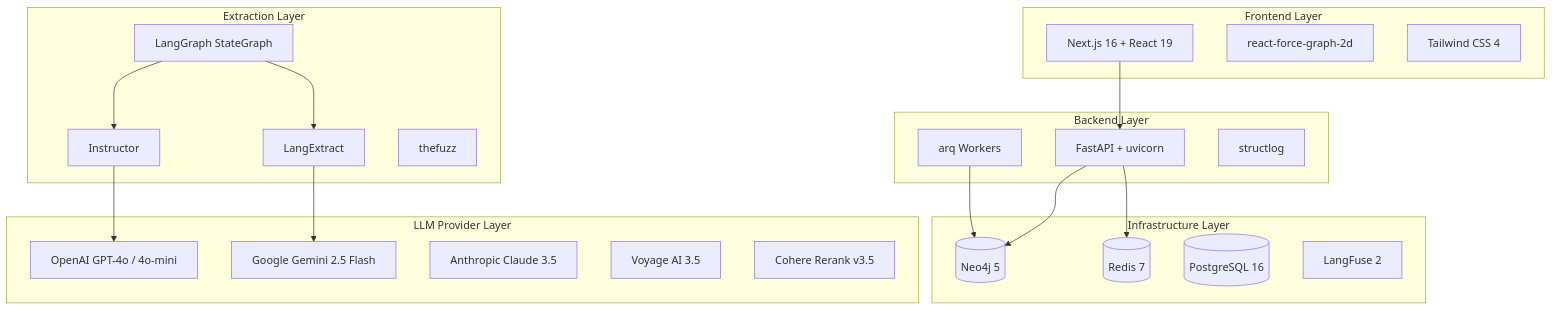
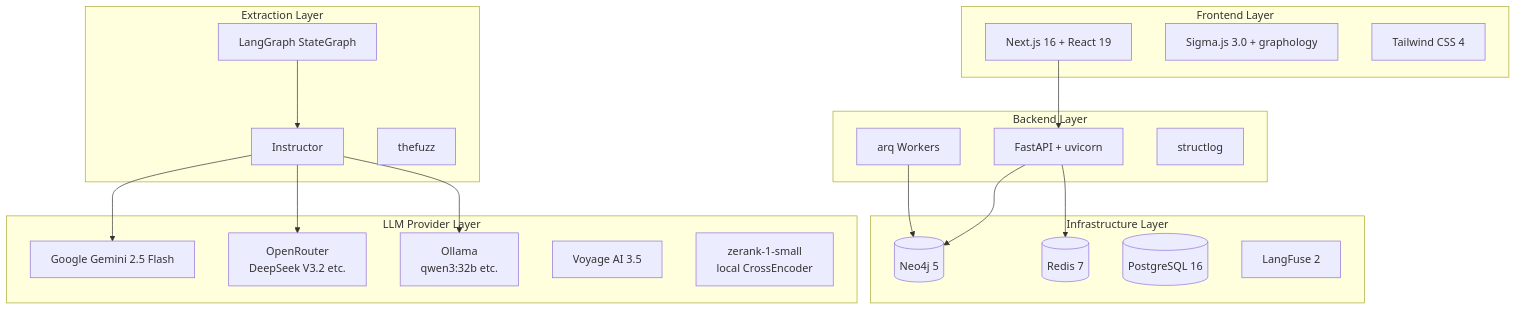
The diagram in docs/tech-stack.md (xairon/WorldRAG), drawn with Mermaid before and after one commit. The commit also changed other lines of this file and 59 other files, not shown here.

````diff
--- a/docs/tech-stack.md
+++ b/docs/tech-stack.md
@@ -22,45 +22,44 @@
 ```mermaid
 graph TB
     subgraph "Infrastructure Layer"
         Neo4j[(Neo4j 5)]
         Redis[(Redis 7)]
         PG[(PostgreSQL 16)]
         LangFuse[LangFuse 2]
     end
 
     subgraph "Backend Layer"
         FastAPI[FastAPI + uvicorn]
         arq[arq Workers]
         structlog[structlog]
     end
 
     subgraph "Extraction Layer"
         LangGraph[LangGraph StateGraph]
-        LangExtract[LangExtract]
         Instructor[Instructor]
         thefuzz[thefuzz]
     end
 
     subgraph "LLM Provider Layer"
-        OpenAI[OpenAI GPT-4o / 4o-mini]
         Gemini[Google Gemini 2.5 Flash]
-        Anthropic[Anthropic Claude 3.5]
+        OpenRouter[OpenRouter<br/>DeepSeek V3.2 etc.]
+        Ollama[Ollama<br/>qwen3:32b etc.]
         Voyage[Voyage AI 3.5]
-        Cohere[Cohere Rerank v3.5]
+        Reranker[zerank-1-small<br/>local CrossEncoder]
     end
 
     subgraph "Frontend Layer"
         NextJS[Next.js 16 + React 19]
-        D3[react-force-graph-2d]
+        SigmaJS[Sigma.js 3.0 + graphology]
         Tailwind[Tailwind CSS 4]
     end
 
     NextJS --> FastAPI
     FastAPI --> Neo4j
     FastAPI --> Redis
     arq --> Neo4j
-    LangGraph --> LangExtract
     LangGraph --> Instructor
-    LangExtract --> Gemini
-    Instructor --> OpenAI
+    Instructor --> Gemini
+    Instructor --> OpenRouter
+    Instructor --> Ollama
 ```
````
